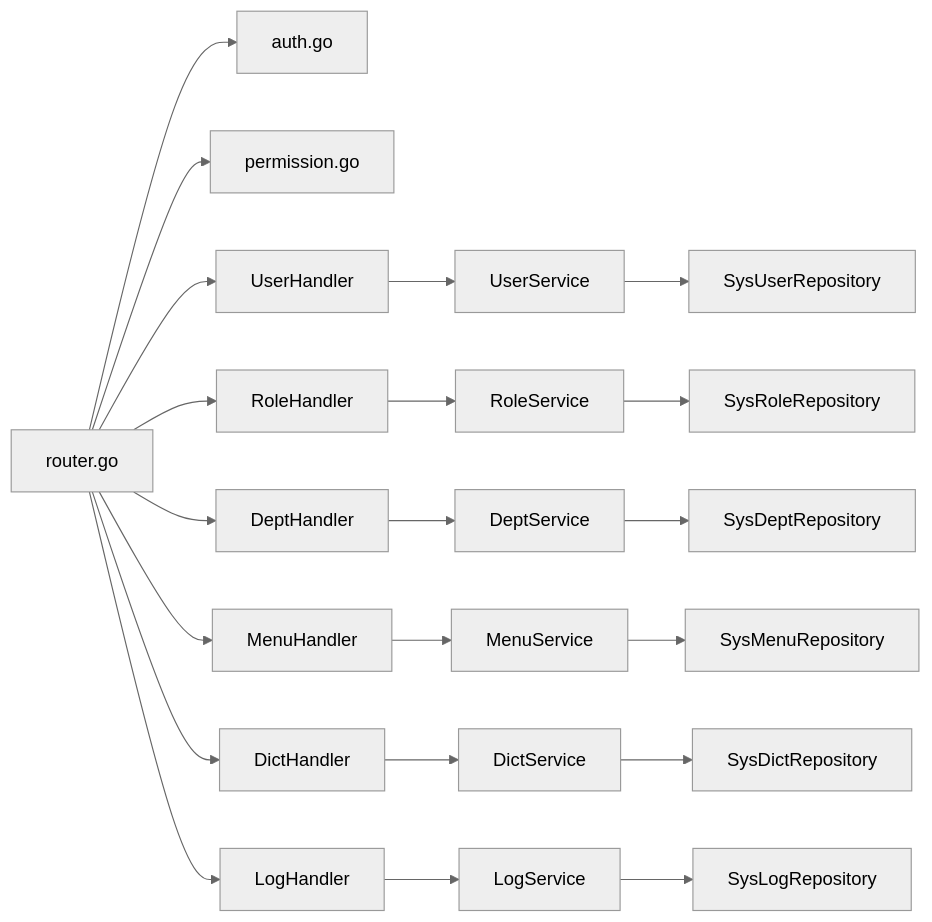
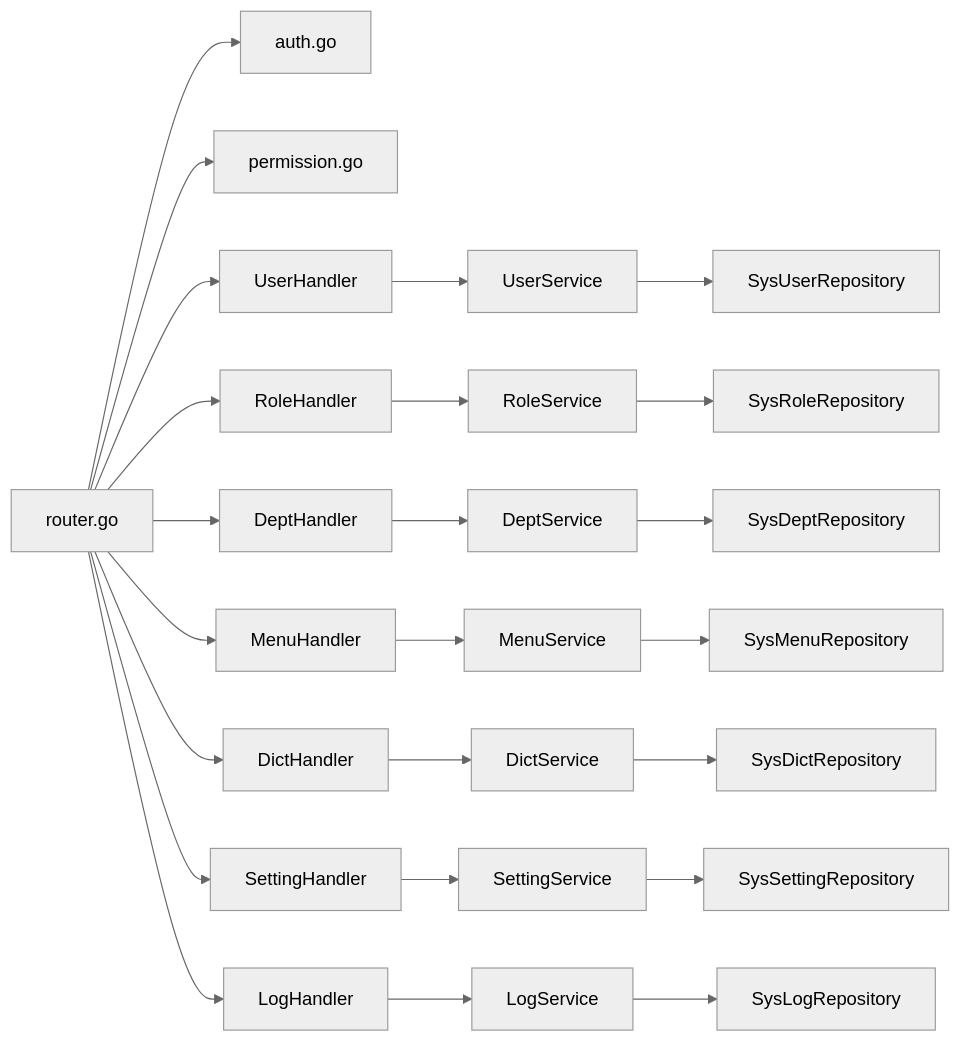
One commit to knifezred/boread changed diagram 11 of 11 in .qoder/repowiki/zh/content/API接口文档/系统管理API/系统管理API.md. Above: the diagram before and after it, drawn with Mermaid (neutral theme). The commit also changed other lines of this file and 16 other files, not shown here.

````diff
--- a/.qoder/repowiki/zh/content/API接口文档/系统管理API/系统管理API.md
+++ b/.qoder/repowiki/zh/content/API接口文档/系统管理API/系统管理API.md
@@ -407,23 +458,26 @@
 ```mermaid
 graph LR
 R["router.go"] --> A["auth.go"]
 R --> P["permission.go"]
 R --> HU["UserHandler"]
 R --> HR["RoleHandler"]
 R --> HD["DeptHandler"]
 R --> HM["MenuHandler"]
 R --> HDI["DictHandler"]
+R --> HSE["SettingHandler"]
 R --> HL["LogHandler"]
 HU --> SU["UserService"]
 HR --> SR["RoleService"]
 HD --> SD["DeptService"]
 HM --> SM["MenuService"]
 HDI --> SDI["DictService"]
+HSE --> SSE["SettingService"]
 HL --> SL["LogService"]
 SU --> RU["SysUserRepository"]
 SR --> RR["SysRoleRepository"]
 SD --> RD["SysDeptRepository"]
 SM --> RM["SysMenuRepository"]
 SDI --> RDI["SysDictRepository"]
+SSE --> RS["SysSettingRepository"]
 SL --> RL["SysLogRepository"]
 ```
````
